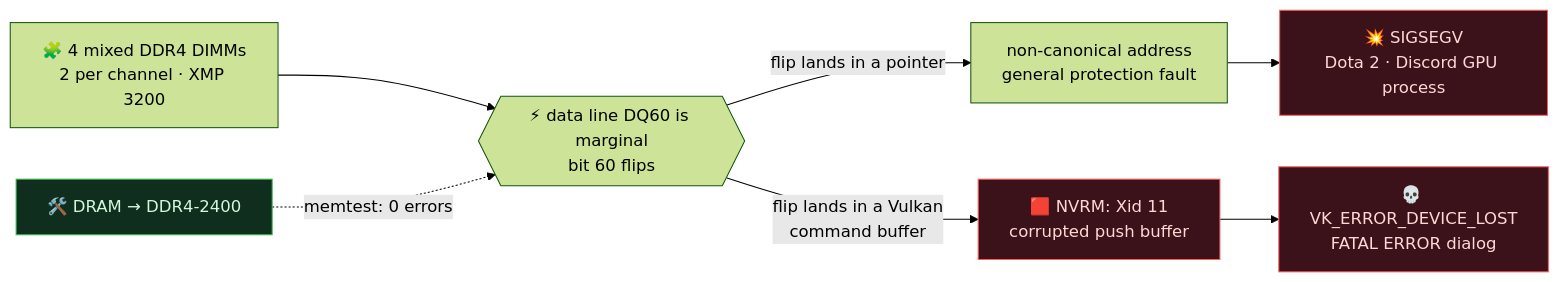
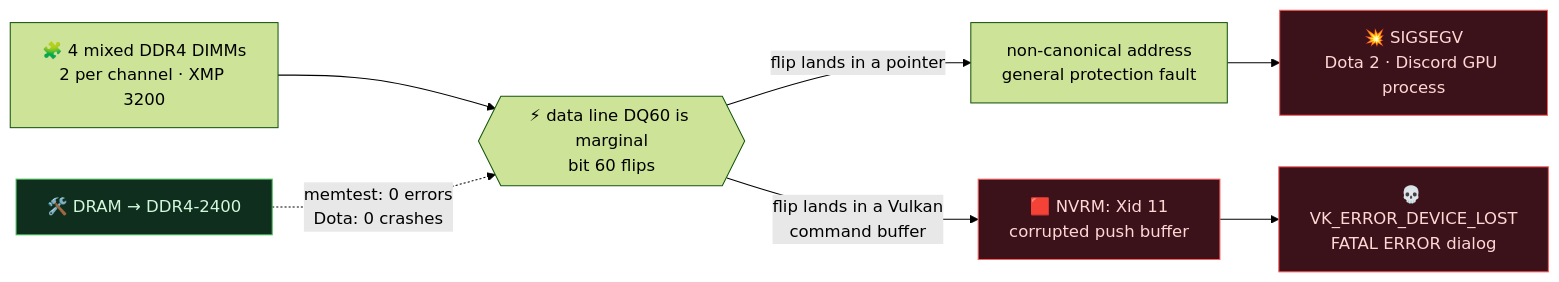
The diagram in README.md (Danial-Dirar/vulkan-error-no-device-found-linux), drawn with Mermaid (forest theme) before and after one commit. The commit also changed other lines of this file and 6 other files, not shown here.

Commit message:
Verify fix in game: full Dota match at DDR4-2400 with 0 crashes (session 2)

````diff
--- a/README.md
+++ b/README.md
@@ -87,14 +89,14 @@
 ```mermaid
 flowchart LR
     RAM["🧩 4 mixed DDR4 DIMMs<br/>2 per channel · XMP 3200"] --> DQ{{"⚡ data line DQ60 is marginal<br/>bit 60 flips"}}
     DQ -->|"flip lands in a pointer"| PTR["non-canonical address<br/>general protection fault"]
     PTR --> SEG["💥 SIGSEGV<br/>Dota 2 · Discord GPU process"]
     DQ -->|"flip lands in a Vulkan<br/>command buffer"| XID["🟥 NVRM: Xid 11<br/>corrupted push buffer"]
     XID --> LOST["💀 VK_ERROR_DEVICE_LOST<br/>FATAL ERROR dialog"]
-    FIX["🛠️ DRAM → DDR4-2400"] -.->|"memtest: 0 errors"| DQ
+    FIX["🛠️ DRAM → DDR4-2400"] -.->|"memtest: 0 errors<br/>Dota: 0 crashes"| DQ
 
     classDef bad fill:#3b1219,stroke:#ff5c5c,color:#ffd7d5
     classDef good fill:#0f2e1d,stroke:#3fb950,color:#d2f8dc
     class SEG,LOST,XID bad
     class FIX good
 ```
````
